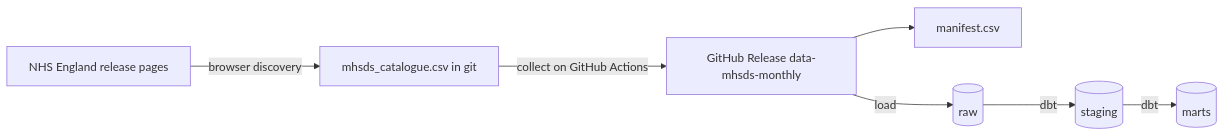
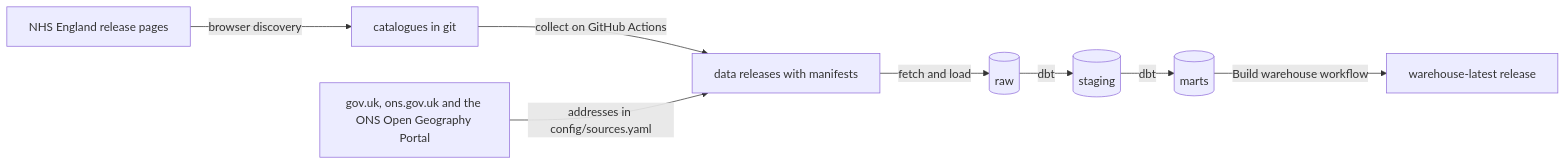
The diagram in docs/data/pipeline.md (nbennwankwo/MentalScape-2.0), drawn with Mermaid before and after one commit. The commit also changed other lines of this file and 53 other files, not shown here.

````diff
--- a/docs/data/pipeline.md
+++ b/docs/data/pipeline.md
@@ -7,9 +13,10 @@
 ```mermaid
 flowchart LR
-    A[NHS England release pages] -->|browser discovery| B[mhsds_catalogue.csv in git]
-    B -->|collect on GitHub Actions| C[GitHub Release data-mhsds-monthly]
-    C --> D[manifest.csv]
-    C -->|load| E[(raw)]
+    A[NHS England release pages] -->|browser discovery| B[catalogues in git]
+    B -->|collect on GitHub Actions| C[data releases with manifests]
+    R[gov.uk, ons.gov.uk and the ONS Open Geography Portal] -->|addresses in config/sources.yaml| C
+    C -->|fetch and load| E[(raw)]
     E -->|dbt| F[(staging)]
     F -->|dbt| G[(marts)]
+    G -->|Build warehouse workflow| H[warehouse-latest release]
 ```
````
